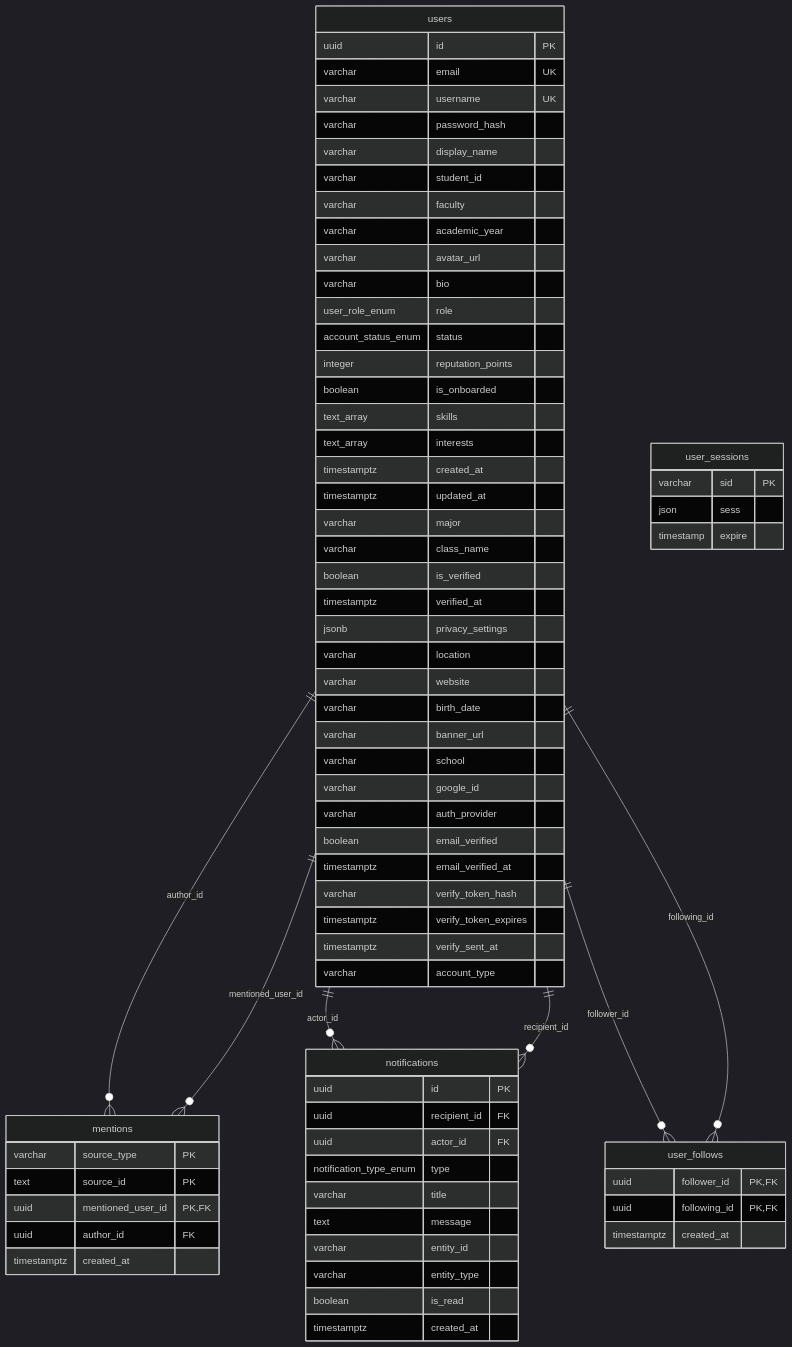
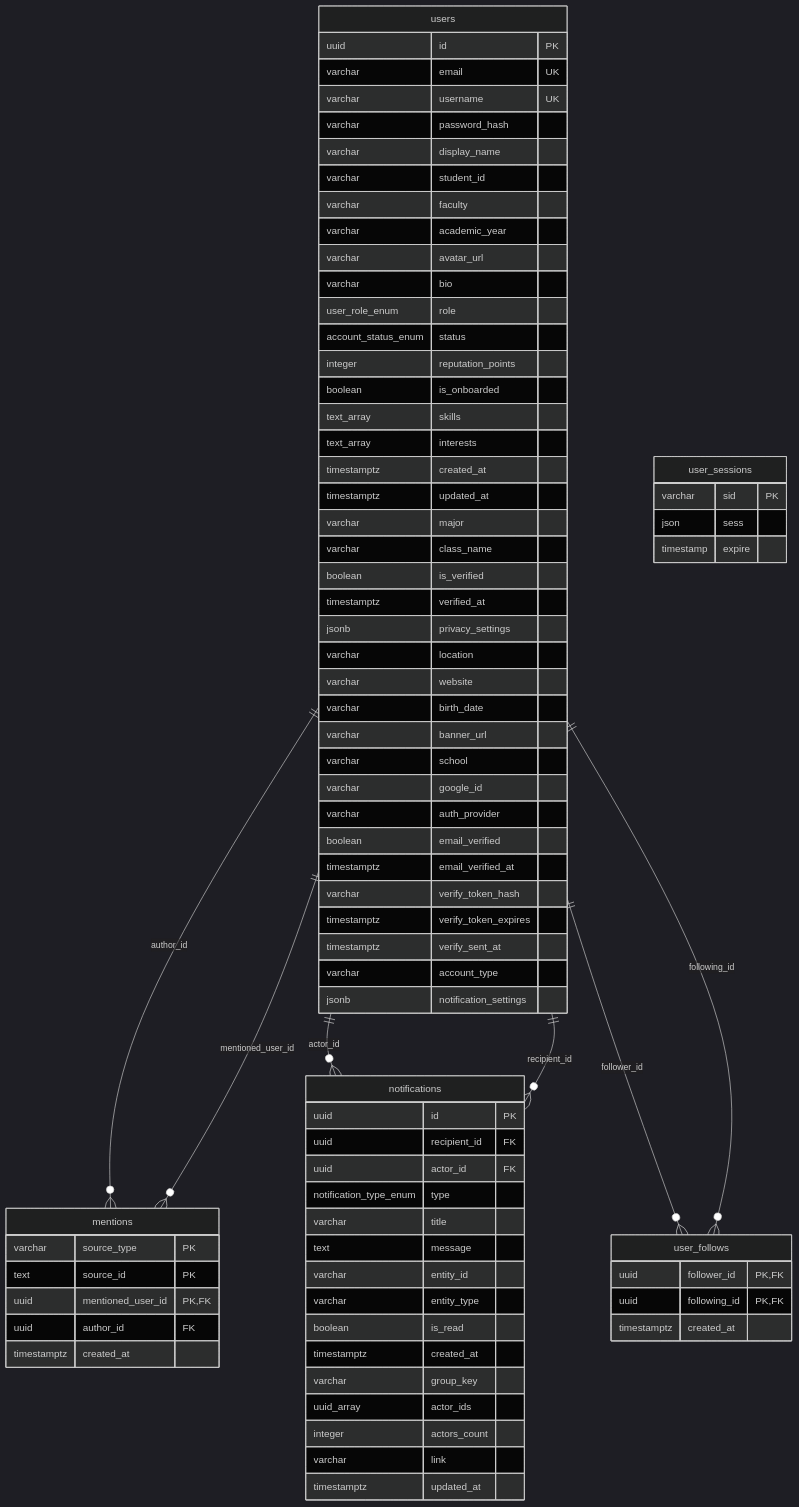
Before and after one commit to nhatcoi/pu-connect: the second of 5 diagrams in docs/diagrams/04-erd.md, drawn with Mermaid (dark theme). The commit also changed 5 other files, not shown here.

Commit message:
docs: notification v1 spec, diagrams and ERD

````diff
--- a/docs/diagrams/04-erd.md
+++ b/docs/diagrams/04-erd.md
@@ -55,76 +55,82 @@
 ```mermaid
 erDiagram
   users {
     uuid id PK
     varchar email UK
     varchar username UK
     varchar password_hash
     varchar display_name
     varchar student_id
     varchar faculty
     varchar academic_year
     varchar avatar_url
     varchar bio
     user_role_enum role
     account_status_enum status
     integer reputation_points
     boolean is_onboarded
     text_array skills
     text_array interests
     timestamptz created_at
     timestamptz updated_at
     varchar major
     varchar class_name
     boolean is_verified
     timestamptz verified_at
     jsonb privacy_settings
     varchar location
     varchar website
     varchar birth_date
     varchar banner_url
     varchar school
     varchar google_id
     varchar auth_provider
     boolean email_verified
     timestamptz email_verified_at
     varchar verify_token_hash
     timestamptz verify_token_expires
     timestamptz verify_sent_at
     varchar account_type
+    jsonb notification_settings
   }
   user_follows {
     uuid follower_id PK,FK
     uuid following_id PK,FK
     timestamptz created_at
   }
   user_sessions {
     varchar sid PK
     json sess
     timestamp expire
   }
   mentions {
     varchar source_type PK
     text source_id PK
     uuid mentioned_user_id PK,FK
     uuid author_id FK
     timestamptz created_at
   }
   notifications {
     uuid id PK
     uuid recipient_id FK
     uuid actor_id FK
     notification_type_enum type
     varchar title
     text message
     varchar entity_id
     varchar entity_type
     boolean is_read
     timestamptz created_at
+    varchar group_key
+    uuid_array actor_ids
+    integer actors_count
+    varchar link
+    timestamptz updated_at
   }
   users ||--o{ mentions : "author_id"
   users ||--o{ mentions : "mentioned_user_id"
   users ||--o{ notifications : "actor_id"
   users ||--o{ notifications : "recipient_id"
   users ||--o{ user_follows : "follower_id"
   users ||--o{ user_follows : "following_id"
 ```
````
